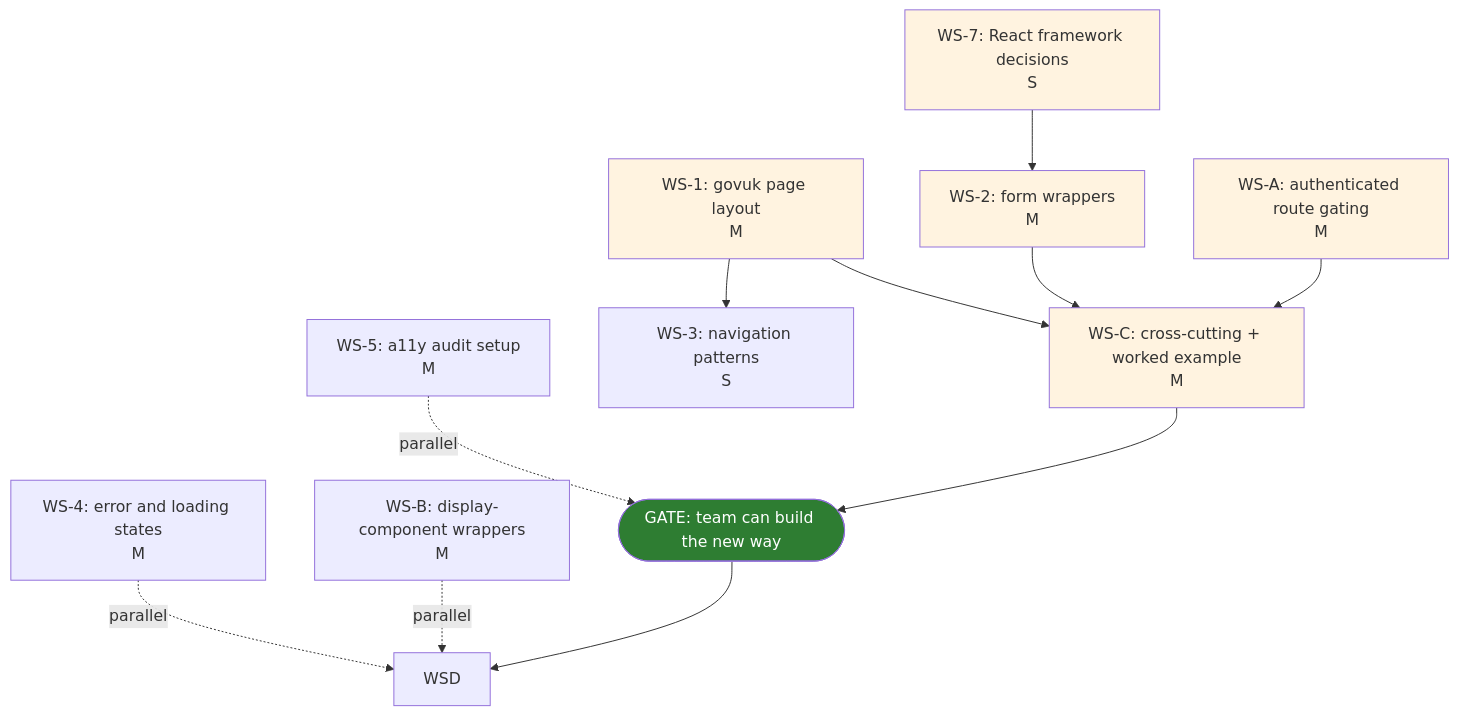
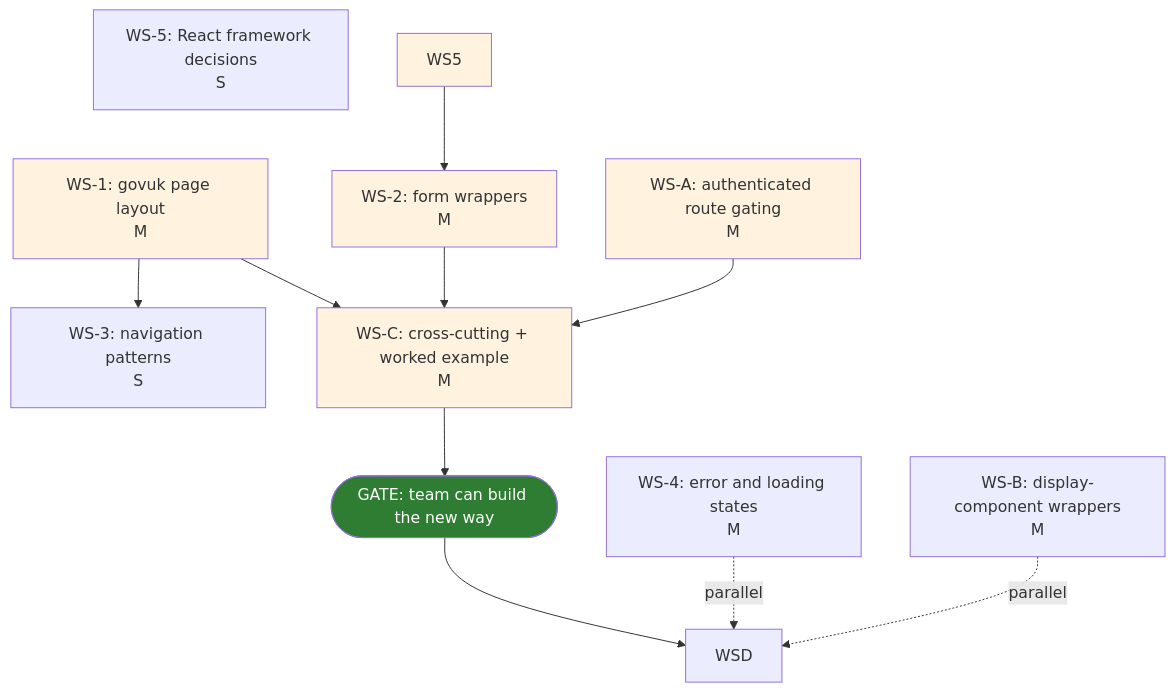
The diagram in documentation/critical-path-analysis.md (communitiesuk/localai-local-transcribe), drawn with Mermaid before and after one commit. The commit also changed other lines of this file, not shown here.

````diff
--- a/documentation/critical-path-analysis.md
+++ b/documentation/critical-path-analysis.md
@@ -52,32 +51,30 @@
 ```mermaid
 graph TD
-    WS7[WS-7: React framework decisions<br/>S]
+    WS7[WS-5: React framework decisions<br/>S]
     WS1[WS-1: govuk page layout<br/>M]
-    WS5[WS-5: a11y audit setup<br/>M]
     WS2[WS-2: form wrappers<br/>M]
     WS3[WS-3: navigation patterns<br/>S]
     WS4[WS-4: error and loading states<br/>M]
     WSA[WS-A: authenticated route gating<br/>M]
     WSB[WS-B: display-component wrappers<br/>M]
     WSC[WS-C: cross-cutting + worked example<br/>M]
     GATE([GATE: team can build the new way])
 
-    WS7 --> WS2
+    WS5 --> WS2
     WS1 --> WS3
     WS1 --> WSC
     WS2 --> WSC
     WSA --> WSC
     WSC --> GATE
     GATE --> WSD
 
-    WS5 -. parallel .-> GATE
     WS4 -. parallel .-> WSD
     WSB -. parallel .-> WSD
 
     style GATE fill:#2e7d32,color:#fff
-    style WS7 fill:#fff3e0
+    style WS5 fill:#fff3e0
     style WS1 fill:#fff3e0
     style WS2 fill:#fff3e0
     style WSA fill:#fff3e0
     style WSC fill:#fff3e0
 ```
````
